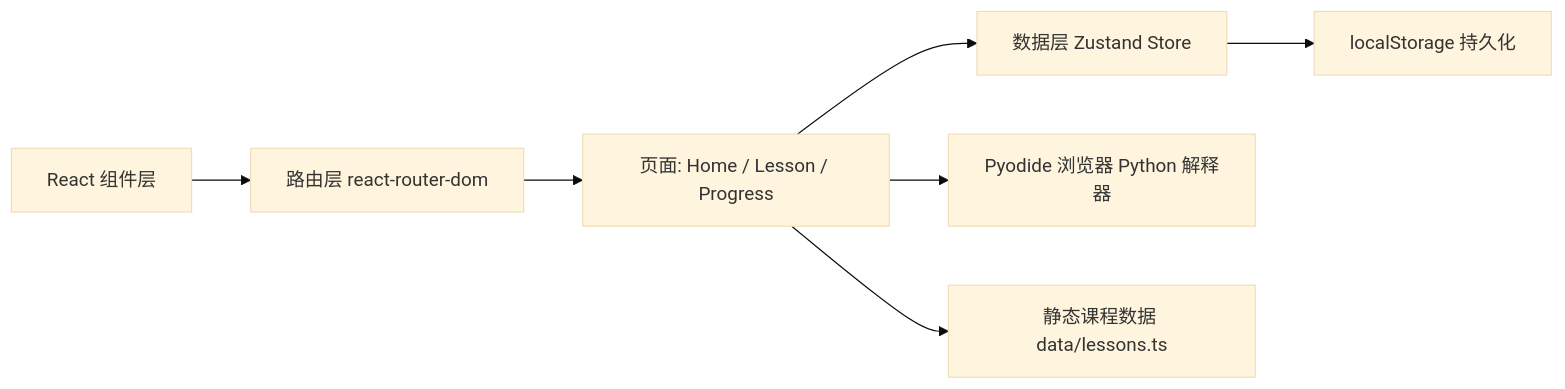
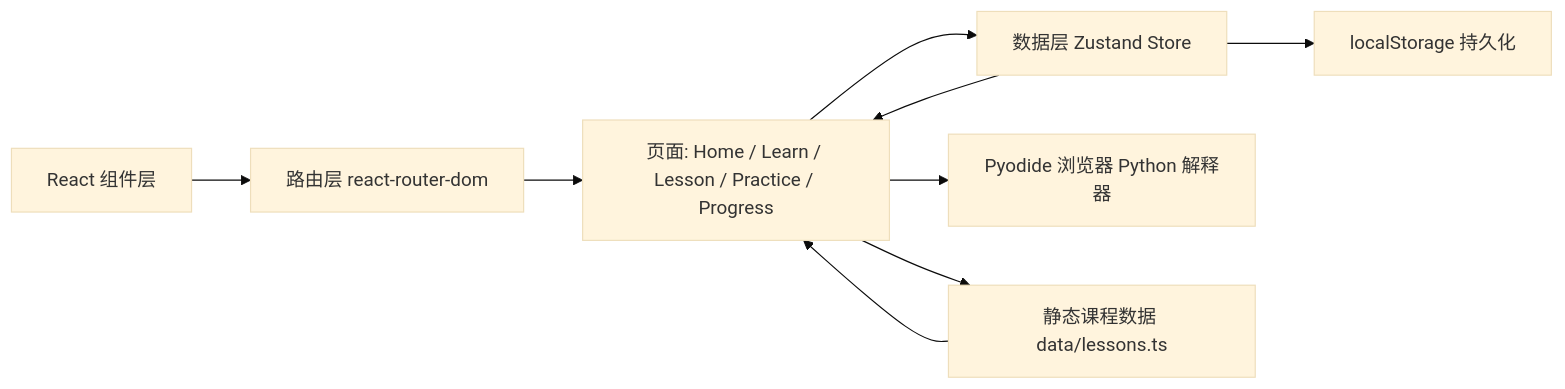
The diagram in .trae/documents/tech-architecture.md (gjp5201314/learnPython), drawn with Mermaid (base theme) before and after one commit. The commit also changed other lines of this file and 3 other files, not shown here.

````diff
--- a/.trae/documents/tech-architecture.md
+++ b/.trae/documents/tech-architecture.md
@@ -7,9 +7,11 @@
 ```mermaid
 flowchart LR
     A[React 组件层] --> B[路由层 react-router-dom]
-    B --> C[页面: Home / Lesson / Progress]
+    B --> C[页面: Home / Learn / Lesson / Practice / Progress]
     C --> D[数据层 Zustand Store]
     D --> E[localStorage 持久化]
     C --> F[Pyodide 浏览器 Python 解释器]
     C --> G[静态课程数据 data/lessons.ts]
+    G --> C
+    D --> C
 ```
````
